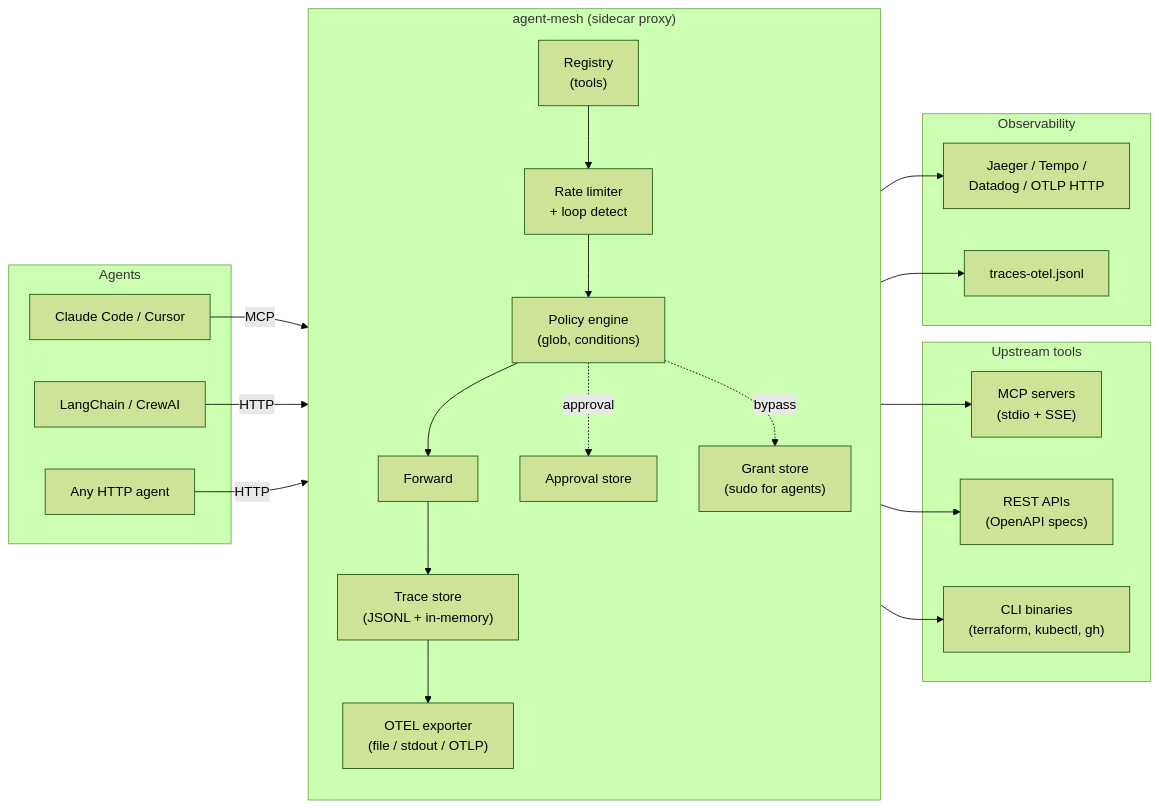
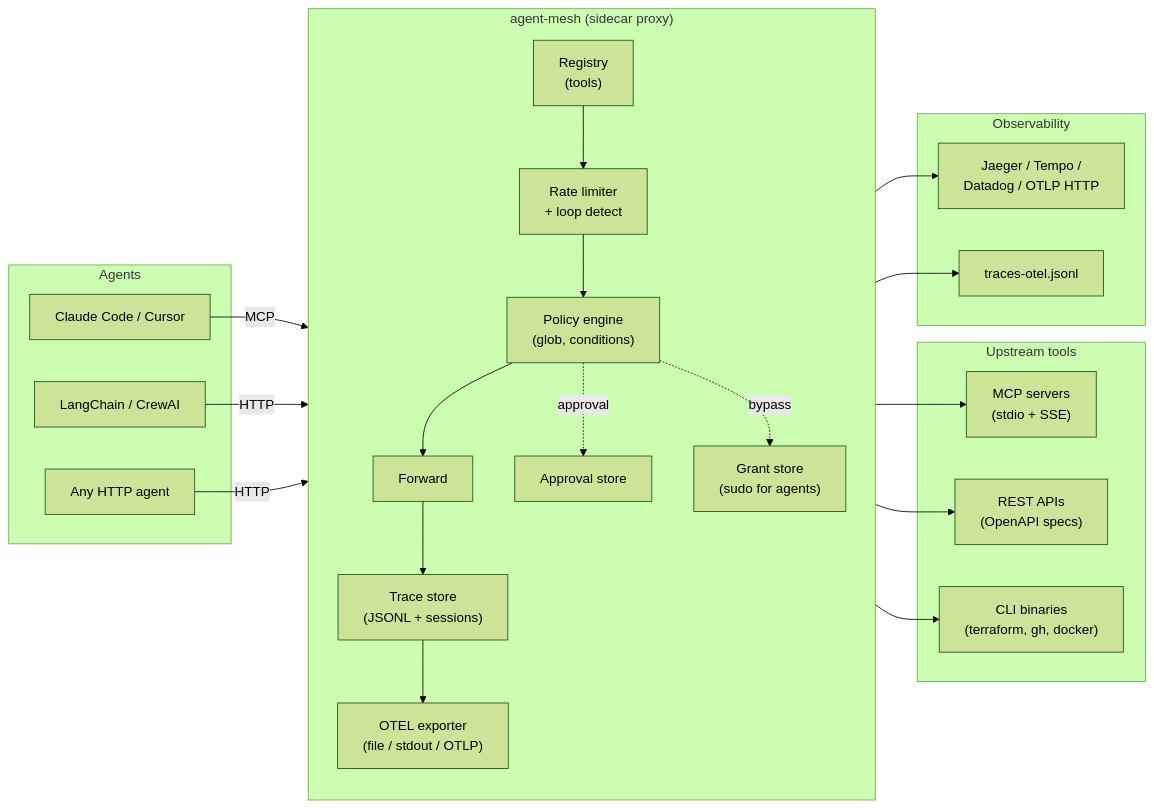
Before and after one commit to KTCrisis/agent-mesh: the diagram in README.md, drawn with Mermaid (forest theme). The commit also changed other lines of this file, not shown here.

````diff
--- a/README.md
+++ b/README.md
@@ -12,48 +12,48 @@
 ```mermaid
 flowchart LR
     subgraph Agents["Agents"]
         A1["Claude Code / Cursor"]
         A2["LangChain / CrewAI"]
         A3["Any HTTP agent"]
     end
 
     subgraph Mesh["agent-mesh (sidecar proxy)"]
         direction TB
         REG["Registry<br/>(tools)"]
         RL["Rate limiter<br/>+ loop detect"]
         POL["Policy engine<br/>(glob, conditions)"]
         FWD["Forward"]
         APP["Approval store"]
         GRT["Grant store<br/>(sudo for agents)"]
-        TRC["Trace store<br/>(JSONL + in-memory)"]
+        TRC["Trace store<br/>(JSONL + sessions)"]
         OTEL["OTEL exporter<br/>(file / stdout / OTLP)"]
 
         REG --> RL --> POL --> FWD
         POL -.approval.-> APP
         POL -.bypass.-> GRT
         FWD --> TRC
         TRC --> OTEL
     end
 
     subgraph Upstream["Upstream tools"]
         U1["MCP servers<br/>(stdio + SSE)"]
         U2["REST APIs<br/>(OpenAPI specs)"]
-        U3["CLI binaries<br/>(terraform, kubectl, gh)"]
+        U3["CLI binaries<br/>(terraform, gh, docker)"]
     end
 
     subgraph Observability["Observability"]
         O1["Jaeger / Tempo /<br/>Datadog / OTLP HTTP"]
         O2["traces-otel.jsonl"]
     end
 
     A1 -- MCP --> Mesh
     A2 -- HTTP --> Mesh
     A3 -- HTTP --> Mesh
 
     FWD --> U1
     FWD --> U2
     FWD --> U3
 
     OTEL --> O1
     OTEL --> O2
 ```
````
